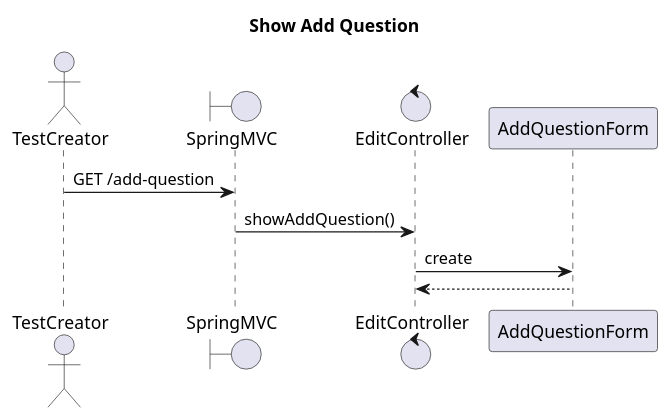
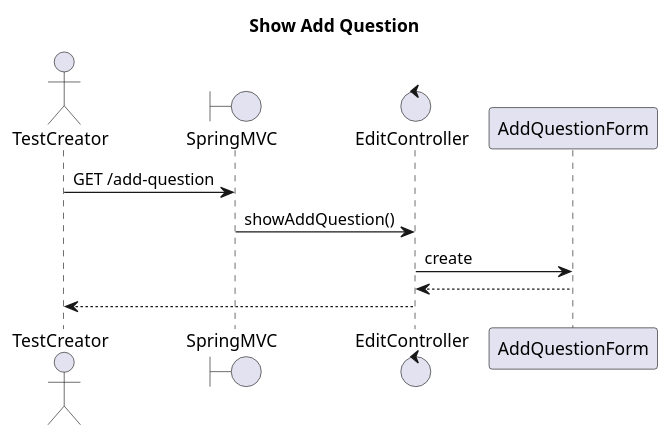
Before and after one commit to TomSpencerLondon/Quiz: the diagram in src/main/resources/diagrams/showAddQuestion-sequenceDiagram.puml, drawn with PlantUML. The commit also changed 1 other file, not shown here.

```diff
--- a/src/main/resources/diagrams/showAddQuestion-sequenceDiagram.puml
+++ b/src/main/resources/diagrams/showAddQuestion-sequenceDiagram.puml
@@ -1,13 +1,14 @@
 @startuml
 title Show Add Question
 
 actor       TestCreator as creator
 boundary    SpringMVC   as mvc
 control     EditController  as ctrl
 participant AddQuestionForm as form
 
 creator -> mvc : GET /add-question
 mvc -> ctrl : showAddQuestion()
 ctrl -> form : create
 ctrl <-- form
+creator <-- ctrl
 @enduml
```
